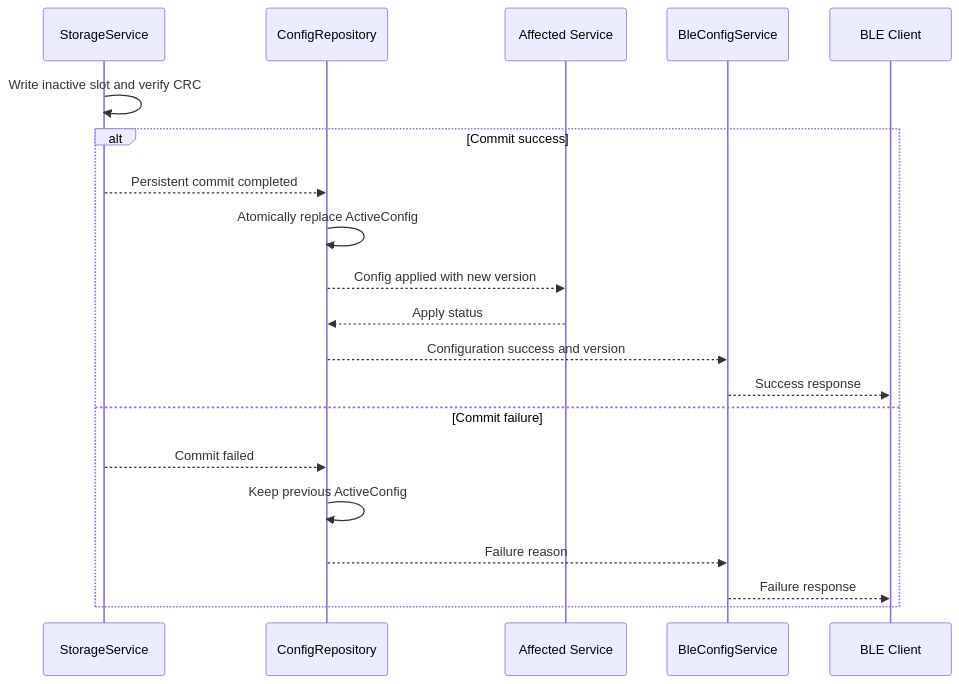
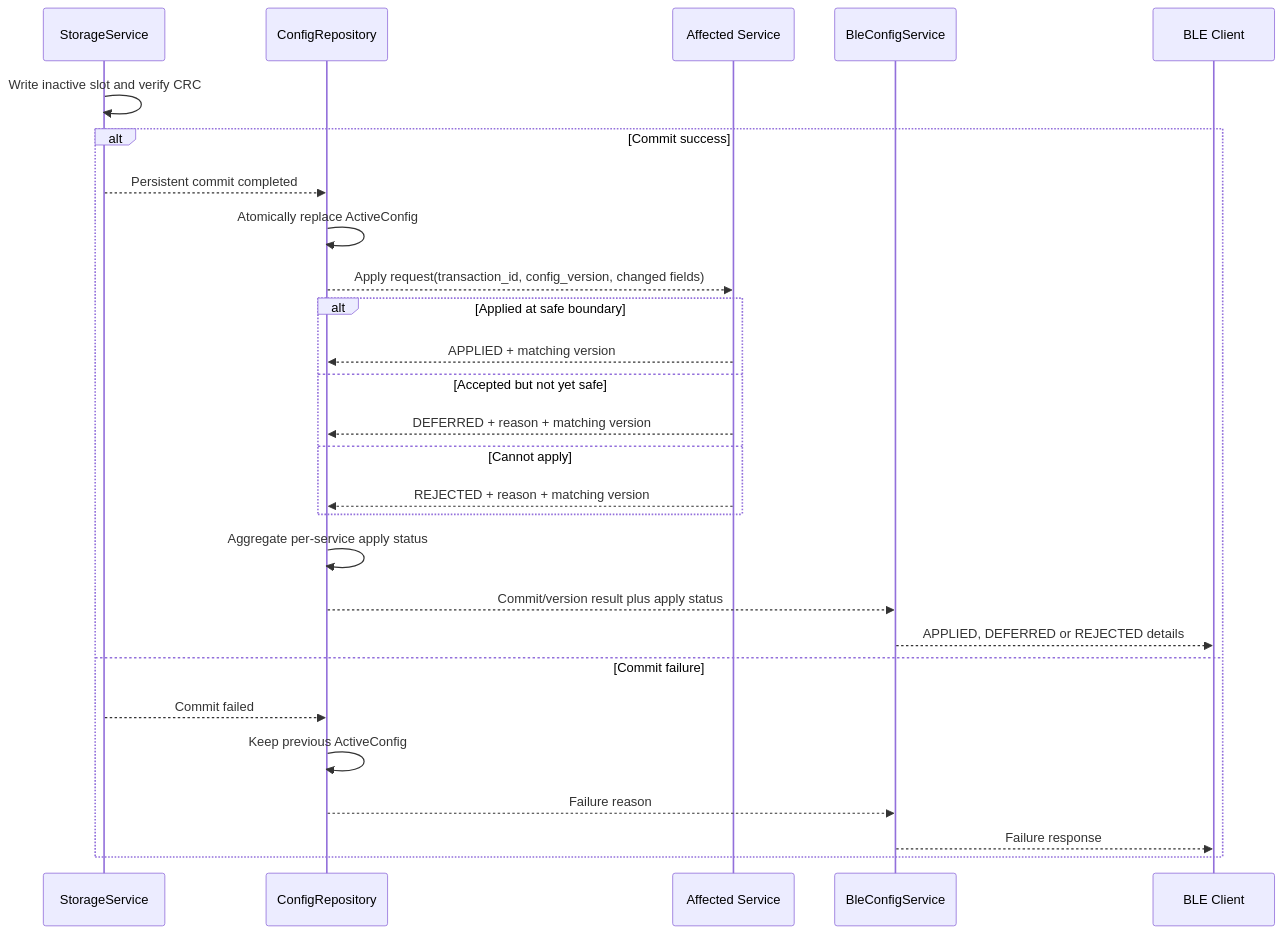
One commit to whoisLePhuc/smart-water-flow-pressure-monitor changed diagram 13 of 27 in 1.docs/00_overview/05_sequence_diagrams.md. Above: the diagram before and after it, drawn with Mermaid. The commit also changed other lines of this file and 11 other files, not shown here.

````diff
--- a/1.docs/00_overview/05_sequence_diagrams.md
+++ b/1.docs/00_overview/05_sequence_diagrams.md
@@ -485,23 +488,30 @@
 ```mermaid
 sequenceDiagram
     participant SS as StorageService
     participant CR as ConfigRepository
     participant TARGET as Affected Service
     participant BLE as BleConfigService
     participant CLIENT as BLE Client
 
     SS->>SS: Write inactive slot and verify CRC
     alt Commit success
         SS-->>CR: Persistent commit completed
         CR->>CR: Atomically replace ActiveConfig
-        CR-->>TARGET: Config applied with new version
-        TARGET-->>CR: Apply status
-        CR-->>BLE: Configuration success and version
-        BLE-->>CLIENT: Success response
+        CR-->>TARGET: Apply request(transaction_id, config_version, changed fields)
+        alt Applied at safe boundary
+            TARGET-->>CR: APPLIED + matching version
+        else Accepted but not yet safe
+            TARGET-->>CR: DEFERRED + reason + matching version
+        else Cannot apply
+            TARGET-->>CR: REJECTED + reason + matching version
+        end
+        CR->>CR: Aggregate per-service apply status
+        CR-->>BLE: Commit/version result plus apply status
+        BLE-->>CLIENT: APPLIED, DEFERRED or REJECTED details
     else Commit failure
         SS-->>CR: Commit failed
         CR->>CR: Keep previous ActiveConfig
         CR-->>BLE: Failure reason
         BLE-->>CLIENT: Failure response
     end
 ```
````
